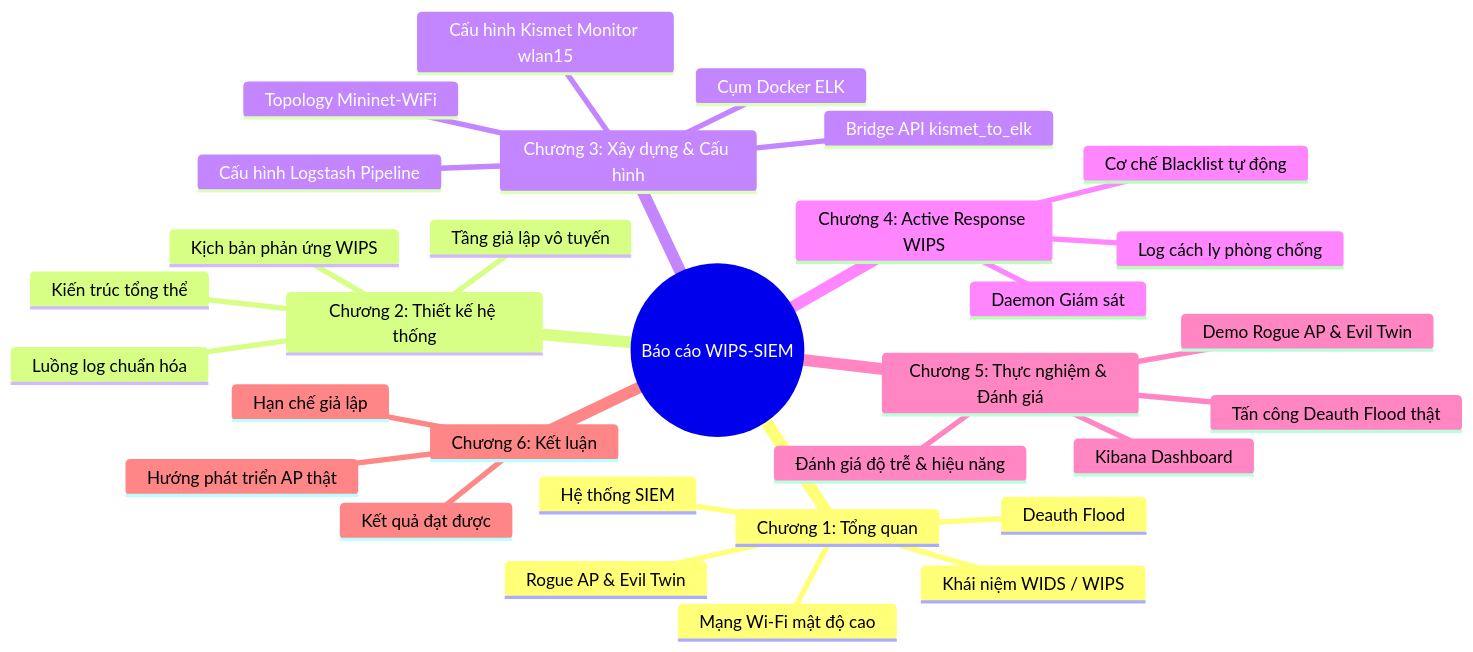
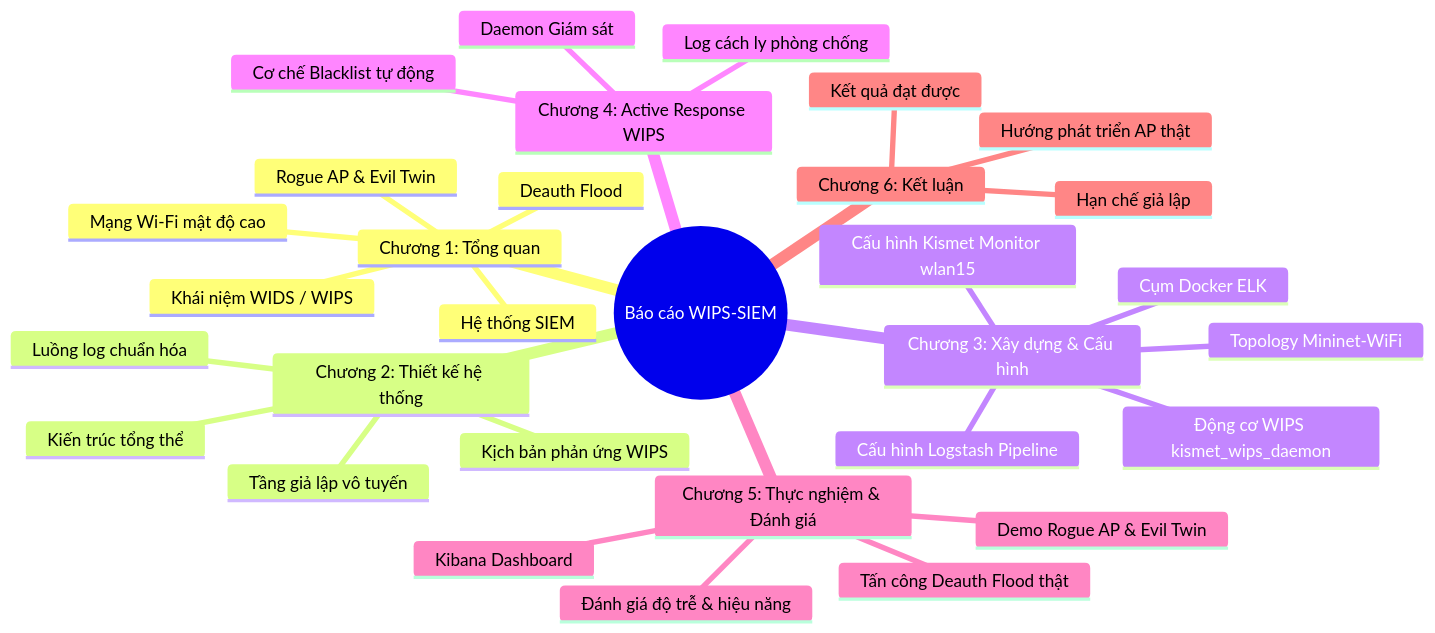
The diagram in khung_bao_cao_de_tai.md (ph4n10m1808/wireless-mobile-network-security-project), drawn with Mermaid before and after one commit. The commit also changed other lines of this file and 14 other files, not shown here.

````diff
--- a/khung_bao_cao_de_tai.md
+++ b/khung_bao_cao_de_tai.md
@@ -12,34 +12,34 @@
 ```mermaid
 mindmap
   root((Báo cáo WIPS-SIEM))
     Chương 1: Tổng quan
       Mạng Wi-Fi mật độ cao
       Rogue AP & Evil Twin
       Deauth Flood
       Khái niệm WIDS / WIPS
       Hệ thống SIEM
     Chương 2: Thiết kế hệ thống
       Kiến trúc tổng thể
       Tầng giả lập vô tuyến
       Luồng log chuẩn hóa
       Kịch bản phản ứng WIPS
     Chương 3: Xây dựng & Cấu hình
       Cụm Docker ELK
       Cấu hình Logstash Pipeline
       Topology Mininet-WiFi
       Cấu hình Kismet Monitor wlan15
-      Bridge API kismet_to_elk
+      Động cơ WIPS kismet_wips_daemon
     Chương 4: Active Response WIPS
       Daemon Giám sát
       Cơ chế Blacklist tự động
       Log cách ly phòng chống
     Chương 5: Thực nghiệm & Đánh giá
       Demo Rogue AP & Evil Twin
       Tấn công Deauth Flood thật
       Kibana Dashboard
       Đánh giá độ trễ & hiệu năng
     Chương 6: Kết luận
       Kết quả đạt được
       Hạn chế giả lập
       Hướng phát triển AP thật
 ```
````
